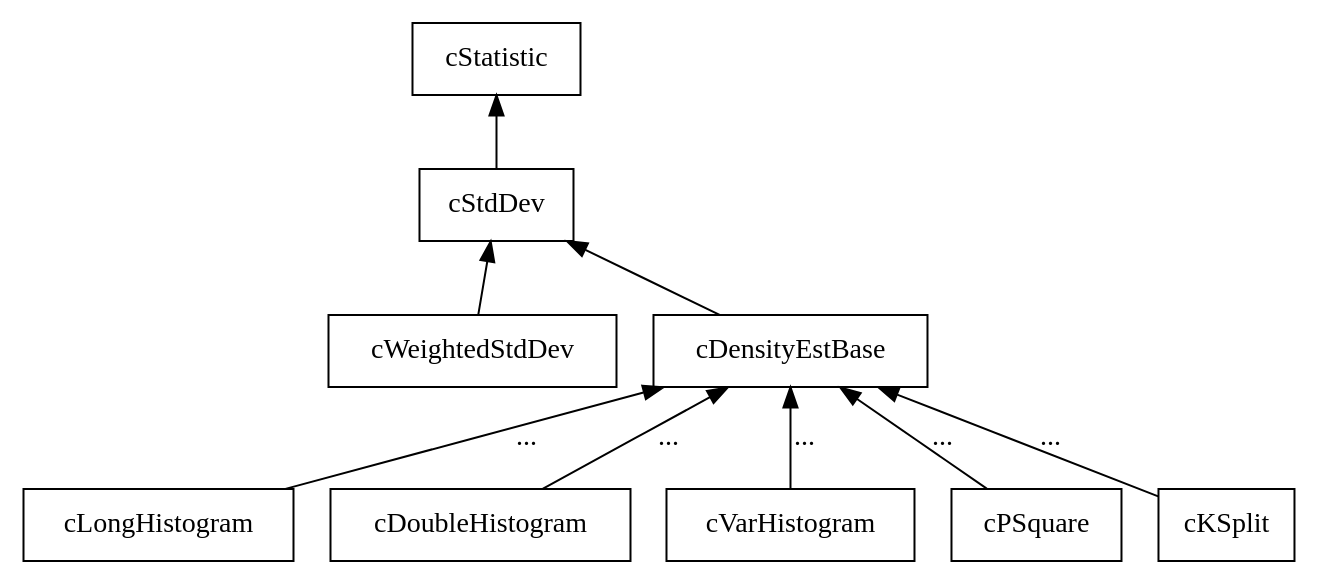
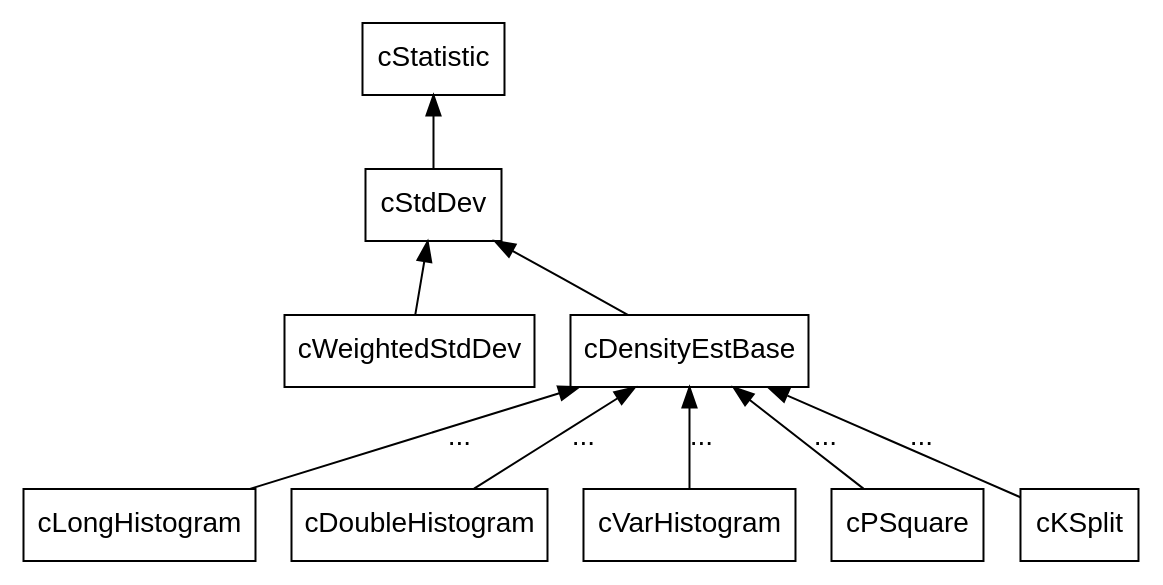
The diagram in doc/src/manual/figures/cstatistic-inheritance.dot (omnetpp/omnetpp), drawn with Graphviz before and after one commit. The commit also changed 8 other files, not shown here.

```diff
--- a/doc/src/manual/figures/cstatistic-inheritance.dot
+++ b/doc/src/manual/figures/cstatistic-inheritance.dot
@@ -1,15 +1,17 @@
 digraph g {
         fontsize=12;
+        node [fontname="Arial"];
+        edge [fontname="Arial"];
 
         node [shape = "rectangle"];
         edge [dir = "back"];
 
         cStatistic -> cStdDev;
         cStdDev -> cWeightedStdDev;
         cStdDev -> cDensityEstBase;
         cDensityEstBase -> cLongHistogram [label="..."];
         cDensityEstBase -> cDoubleHistogram [label="..."];
         cDensityEstBase -> cVarHistogram [label="..."];
         cDensityEstBase -> cPSquare [label="..."];
         cDensityEstBase -> cKSplit [label="..."];
 }
```
